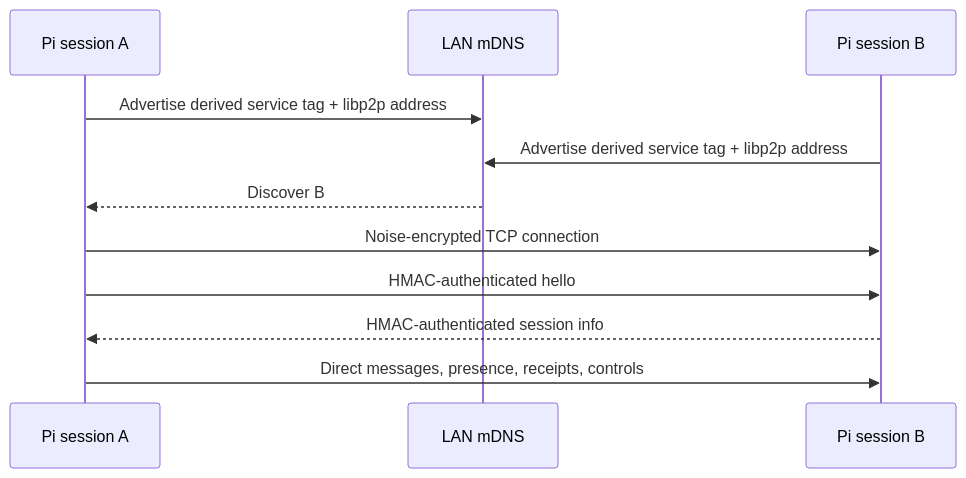
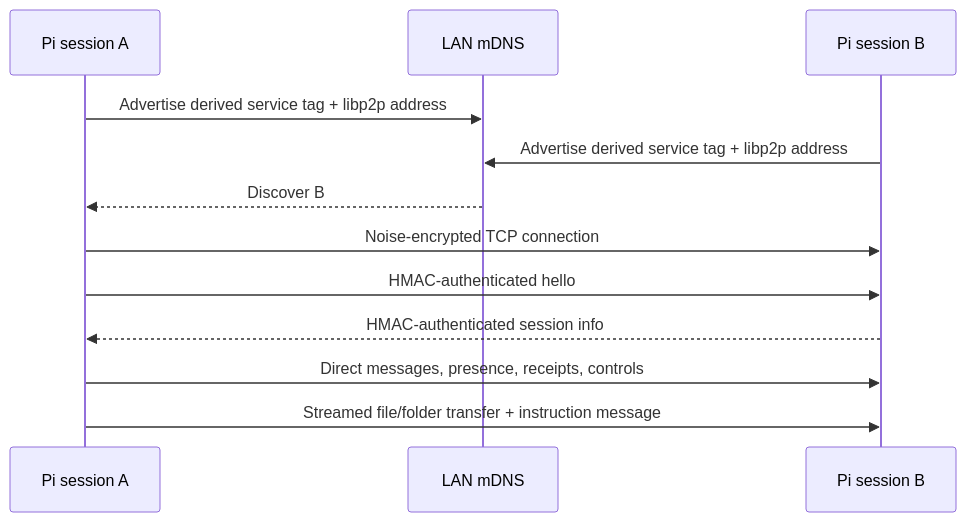
Before and after one commit to Eznopot/pintercom-p2p-transport: the diagram in README.md, drawn with Mermaid. The commit also changed other lines of this file and 8 other files, not shown here.

````diff
--- a/README.md
+++ b/README.md
@@ -123,14 +124,15 @@
 ```mermaid
 sequenceDiagram
     participant A as Pi session A
     participant M as LAN mDNS
     participant B as Pi session B
 
     A->>M: Advertise derived service tag + libp2p address
     B->>M: Advertise derived service tag + libp2p address
     M-->>A: Discover B
     A->>B: Noise-encrypted TCP connection
     A->>B: HMAC-authenticated hello
     B-->>A: HMAC-authenticated session info
     A->>B: Direct messages, presence, receipts, controls
+    A->>B: Streamed file/folder transfer + instruction message
 ```
````
